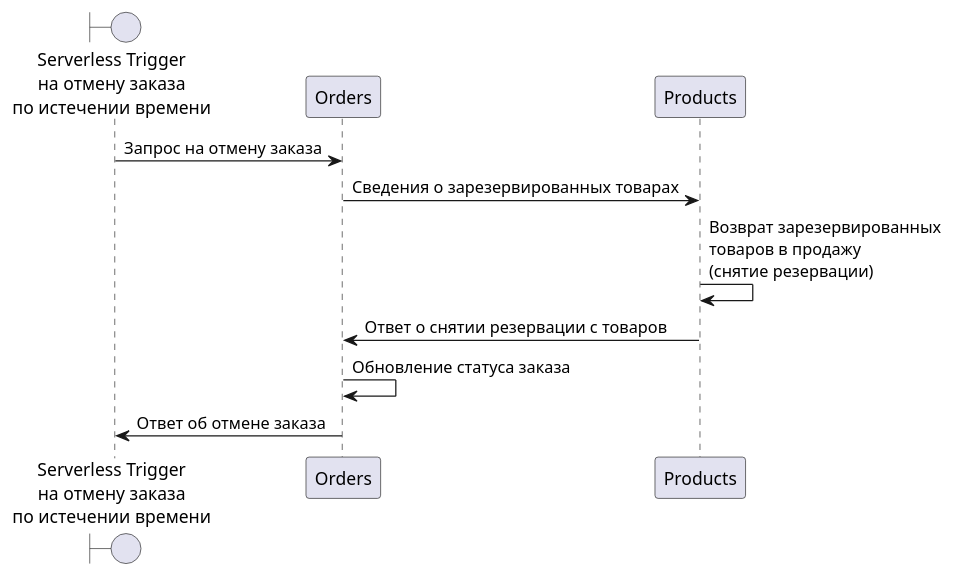
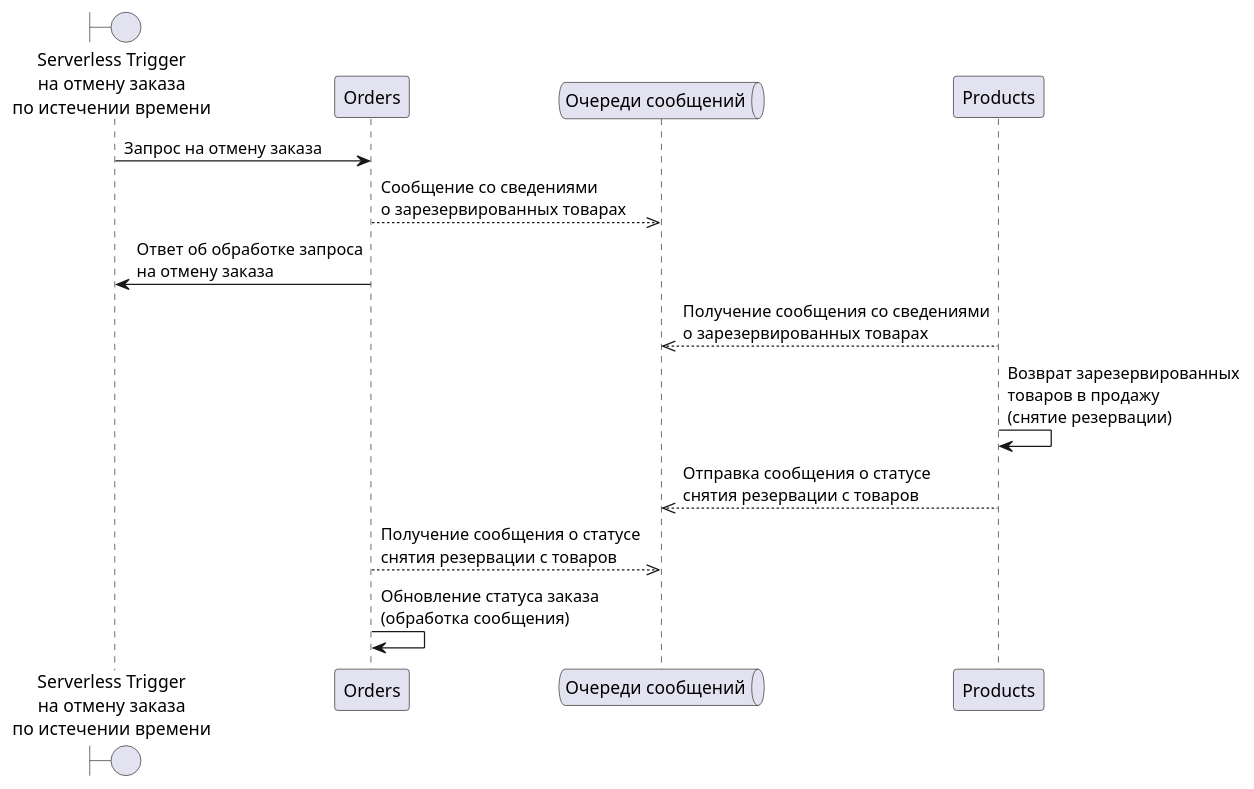
The fourth of 5 diagrams in app/docs/architecture/Order.md (bratushkadan/diploma), drawn with PlantUML before and after one commit. The commit also changed other lines of this file and 6 other files, not shown here.

````diff
--- a/app/docs/architecture/Order.md
+++ b/app/docs/architecture/Order.md
@@ -88,15 +98,19 @@
 ```plantuml
 @startuml
 boundary "Serverless Trigger\nна отмену заказа\nпо истечении времени" as tco
 participant "Orders" as o
+queue "Очереди сообщений" as q
 participant "Products" as p
 
 tco->o: Запрос на отмену заказа
-o->p: Сведения о зарезервированных товарах
+o-->>q: Сообщение со сведениями\nо зарезервированных товарах
+o->tco: Ответ об обработке запроса\nна отмену заказа
+p-->>q: Получение cообщения со сведениями\nо зарезервированных товарах
+
 p->p: Возврат зарезервированных \nтоваров в продажу\n(снятие резервации)
-p->o: Ответ о снятии резервации с товаров
-o->o: Обновление статуса заказа
-o->tco: Ответ об отмене заказа
+p-->>q: Отправка сообщения о статусе\nснятия резервации с товаров
+o-->>q: Получение сообщения о статусе\nснятия резервации с товаров
+o->o: Обновление статуса заказа\n(обработка сообщения)
 
 @enduml
 ```
````
